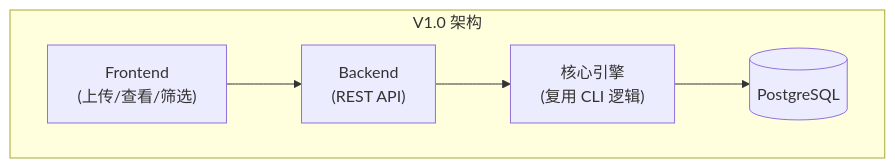
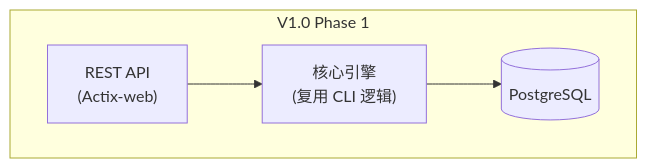
One commit to MT-SUPER-POWER/ResumeAgent changed the sixth of 6 diagrams in docs/roadmap.md. Above: the diagram before and after it, drawn with Mermaid. The commit also changed other lines of this file and 1 other file, not shown here.

Commit message:
docs(api): add V1.0 REST API design spec, update roadmap with Phase 1/2 split

````diff
--- a/docs/roadmap.md
+++ b/docs/roadmap.md
@@ -198,14 +221,12 @@
 ```mermaid
 flowchart LR
-  subgraph V10["V1.0 架构"]
+  subgraph V10P1["V1.0 Phase 1"]
     direction LR
-    Frontend["Frontend<br/>(上传/查看/筛选)"]
-    Backend["Backend<br/>(REST API)"]
+    API["REST API<br/>(Actix-web)"]
     Core["核心引擎<br/>(复用 CLI 逻辑)"]
     DB[(PostgreSQL)]
 
-    Frontend --> Backend
-    Backend --> Core
+    API --> Core
     Core --> DB
   end
 ```
````
